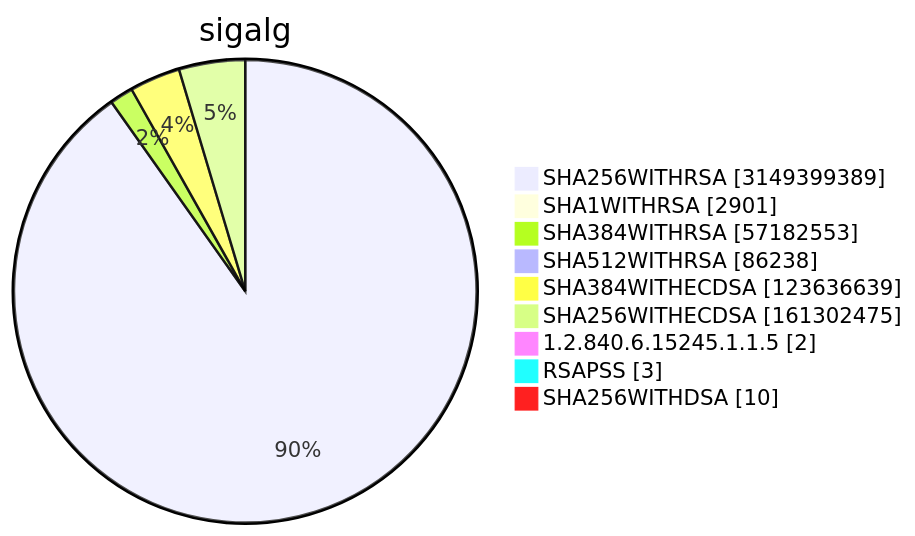
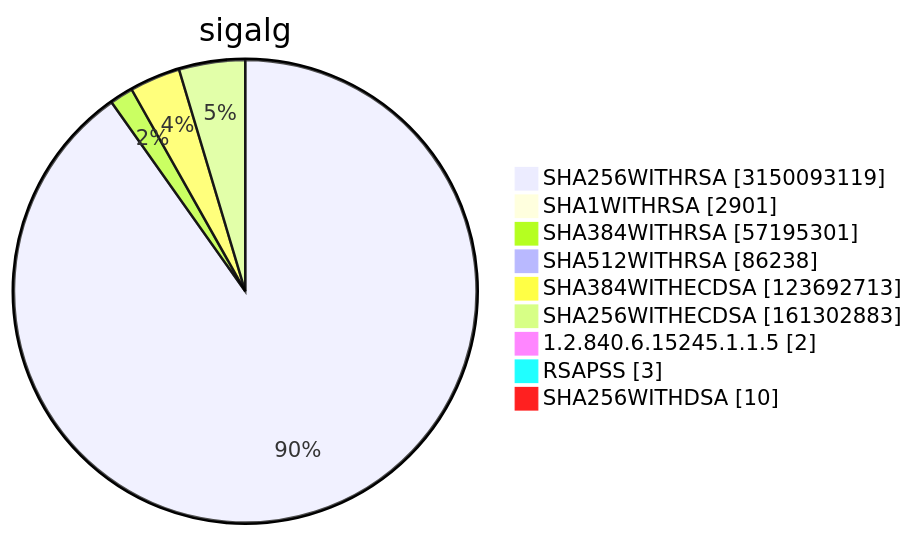
Before and after one commit to christiankrug/ctmonitor_visualization: diagram 15 of 15 in TOTAL/README.md, drawn with Mermaid. The commit also changed other lines of this file, not shown here.

````diff
--- a/TOTAL/README.md
+++ b/TOTAL/README.md
@@ -6213,13 +6213,13 @@
 ```mermaid
 pie showData
 title sigalg
-"SHA256WITHRSA" :3149399389
+"SHA256WITHRSA" :3150093119
 "SHA1WITHRSA" :2901
-"SHA384WITHRSA" :57182553
+"SHA384WITHRSA" :57195301
 "SHA512WITHRSA" :86238
-"SHA384WITHECDSA" :123636639
-"SHA256WITHECDSA" :161302475
+"SHA384WITHECDSA" :123692713
+"SHA256WITHECDSA" :161302883
 "1.2.840.6.15245.1.1.5" :2
 "RSAPSS" :3
 "SHA256WITHDSA" :10
 ```
````
